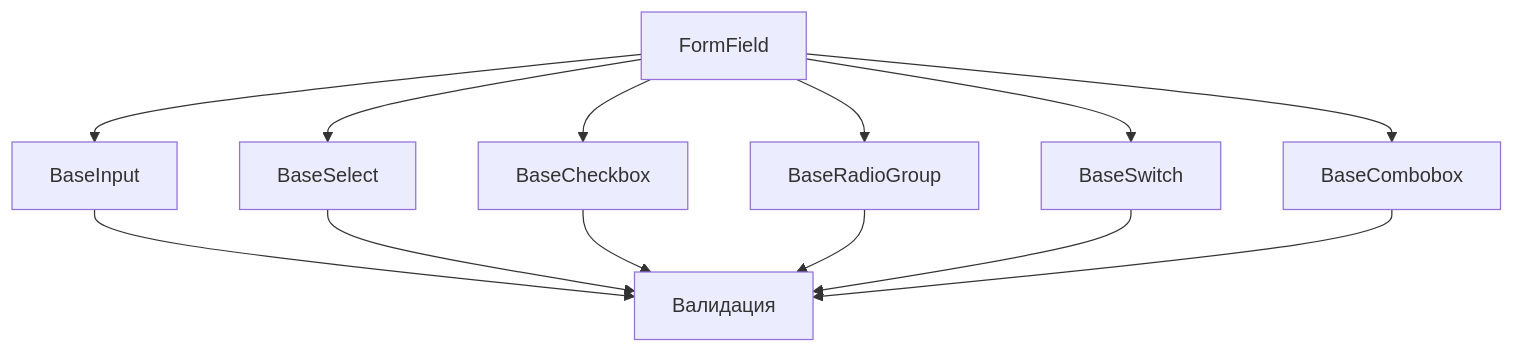
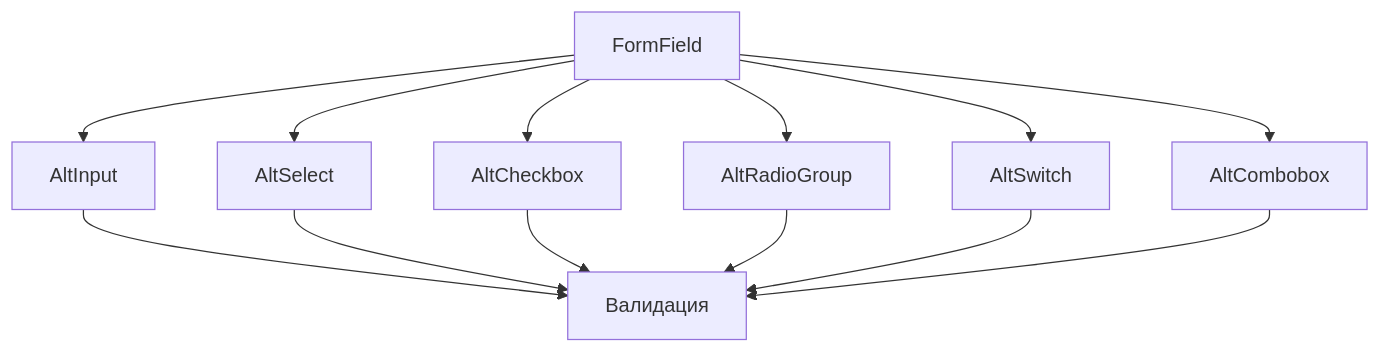
One commit to vuesence/alt-ui changed the diagram in docs/components/form-components.md. Above: the diagram before and after it, drawn with Mermaid. The commit also changed other lines of this file and 53 other files, not shown here.

Commit message:
Refactor components in Alt-UI library to replace 'Base' prefix with 'Alt' for consistency. Update documentation and examples accordingly, including changes to button, input, dialog, and form components. Enhance overall clarity and usability of the library.

````diff
--- a/docs/components/form-components.md
+++ b/docs/components/form-components.md
@@ -283,16 +283,16 @@
 ```mermaid
 graph TD
-    A[FormField] --> B[BaseInput]
-    A --> C[BaseSelect]
-    A --> D[BaseCheckbox]
-    A --> E[BaseRadioGroup]
-    A --> F[BaseSwitch]
-    A --> G[BaseCombobox]
+    A[FormField] --> B[AltInput]
+    A --> C[AltSelect]
+    A --> D[AltCheckbox]
+    A --> E[AltRadioGroup]
+    A --> F[AltSwitch]
+    A --> G[AltCombobox]
     
     B --> H[Валидация]
     C --> H
     D --> H
     E --> H
     F --> H
     G --> H
 ```
````
